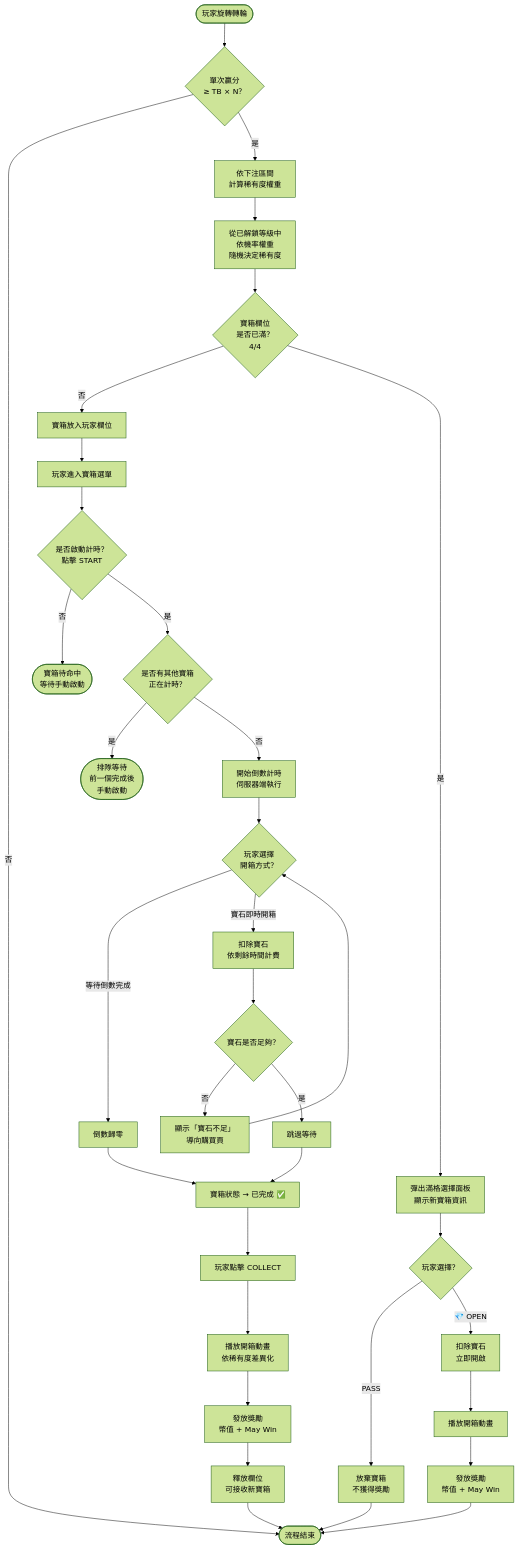
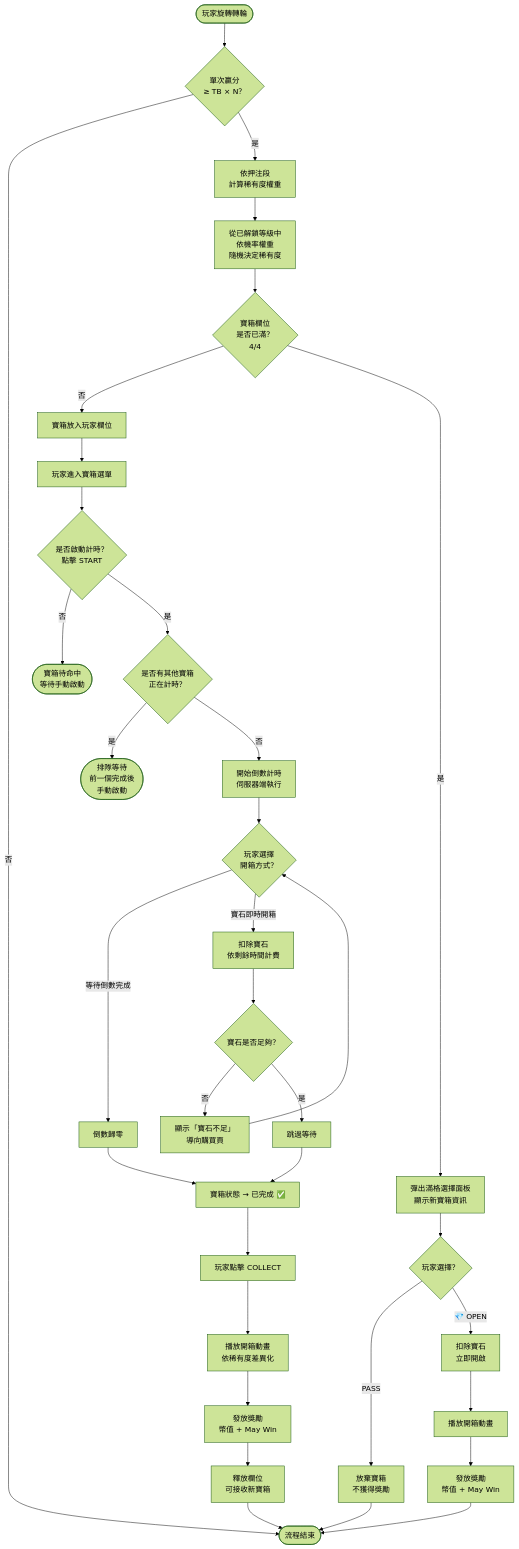
One commit to hankwu55555-hash/marvel-chests-spec changed the diagram in docs/03-trigger-flow.md. Above: the diagram before and after it, drawn with Mermaid (forest theme). The commit also changed other lines of this file and 4 other files, not shown here.

````diff
--- a/docs/03-trigger-flow.md
+++ b/docs/03-trigger-flow.md
@@ -9,47 +9,47 @@
 ```mermaid
 flowchart TD
     A([玩家旋轉轉輪]) --> B{單次贏分\n≥ TB × N？}
     B -- 否 --> Z([流程結束])
-    B -- 是 --> G[依下注區間\n計算稀有度權重]
+    B -- 是 --> G[依押注段\n計算稀有度權重]
 
     G --> H[從已解鎖等級中\n依機率權重\n隨機決定稀有度]
 
     H --> E{寶箱欄位\n是否已滿？\n4/4}
 
     E -- 否 --> I0[寶箱放入玩家欄位]
     I0 --> I[玩家進入寶箱選單]
 
     E -- 是 --> FULL[彈出滿格選擇面板\n顯示新寶箱資訊]
     FULL --> CHOICE{玩家選擇？}
     CHOICE -- PASS --> DISCARD[放棄寶箱\n不獲得獎勵]
     DISCARD --> Z
     CHOICE -- 💎 OPEN --> GEMOPEN[扣除寶石\n立即開啟]
     GEMOPEN --> W2[播放開箱動畫]
     W2 --> X2[發放獎勵\n幣值 + May Win]
     X2 --> Z
 
     I --> J{是否啟動計時？\n點擊 START}
 
     J -- 否 --> K([寶箱待命中\n等待手動啟動])
 
     J -- 是 --> L{是否有其他寶箱\n正在計時？}
     L -- 是 --> M([排隊等待\n前一個完成後\n手動啟動])
     L -- 否 --> N[開始倒數計時\n伺服器端執行]
 
     N --> O{玩家選擇\n開箱方式？}
     O -- 等待倒數完成 --> P[倒數歸零]
     O -- 寶石即時開箱 --> Q[扣除寶石\n依剩餘時間計費]
 
     Q --> R{寶石是否足夠？}
     R -- 否 --> S[顯示「寶石不足」\n導向購買頁]
     S --> O
     R -- 是 --> T[跳過等待]
 
     P --> U[寶箱狀態 → 已完成 ✅]
     T --> U
     U --> V[玩家點擊 COLLECT]
     V --> W[播放開箱動畫\n依稀有度差異化]
     W --> X[發放獎勵\n幣值 + May Win]
     X --> Y[釋放欄位\n可接收新寶箱]
     Y --> Z
 ```
````
